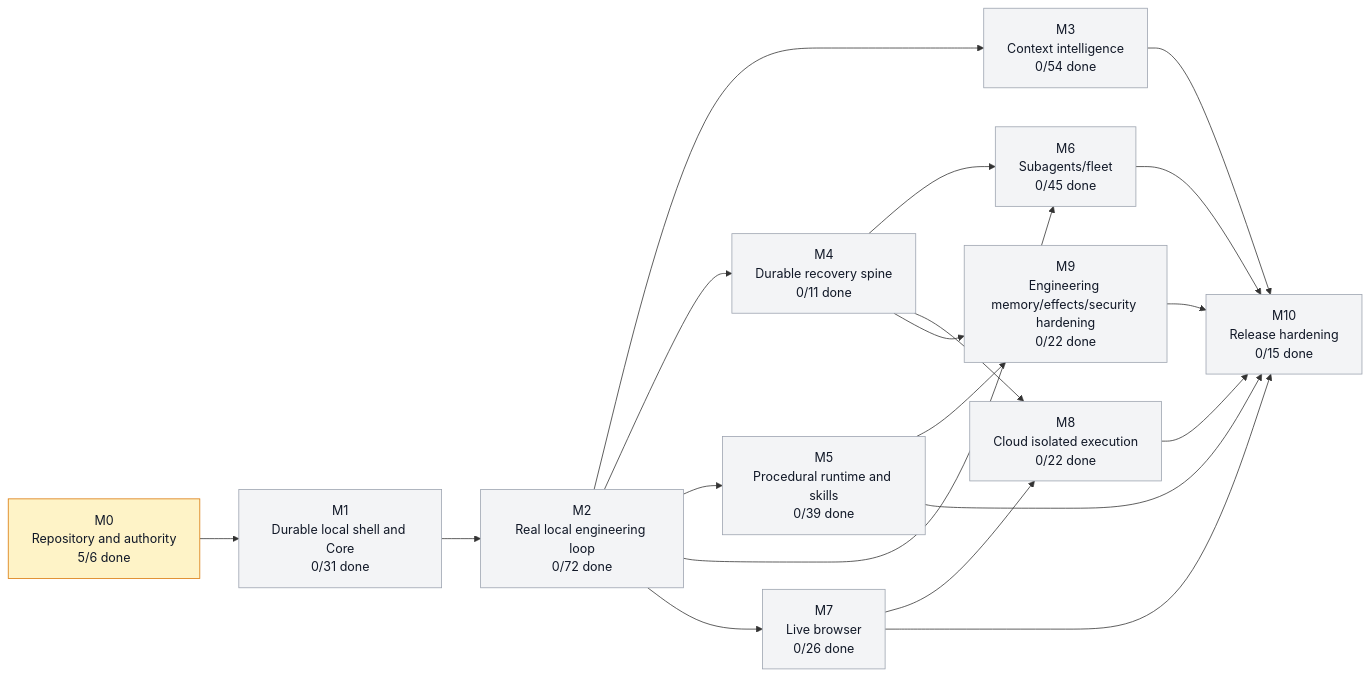
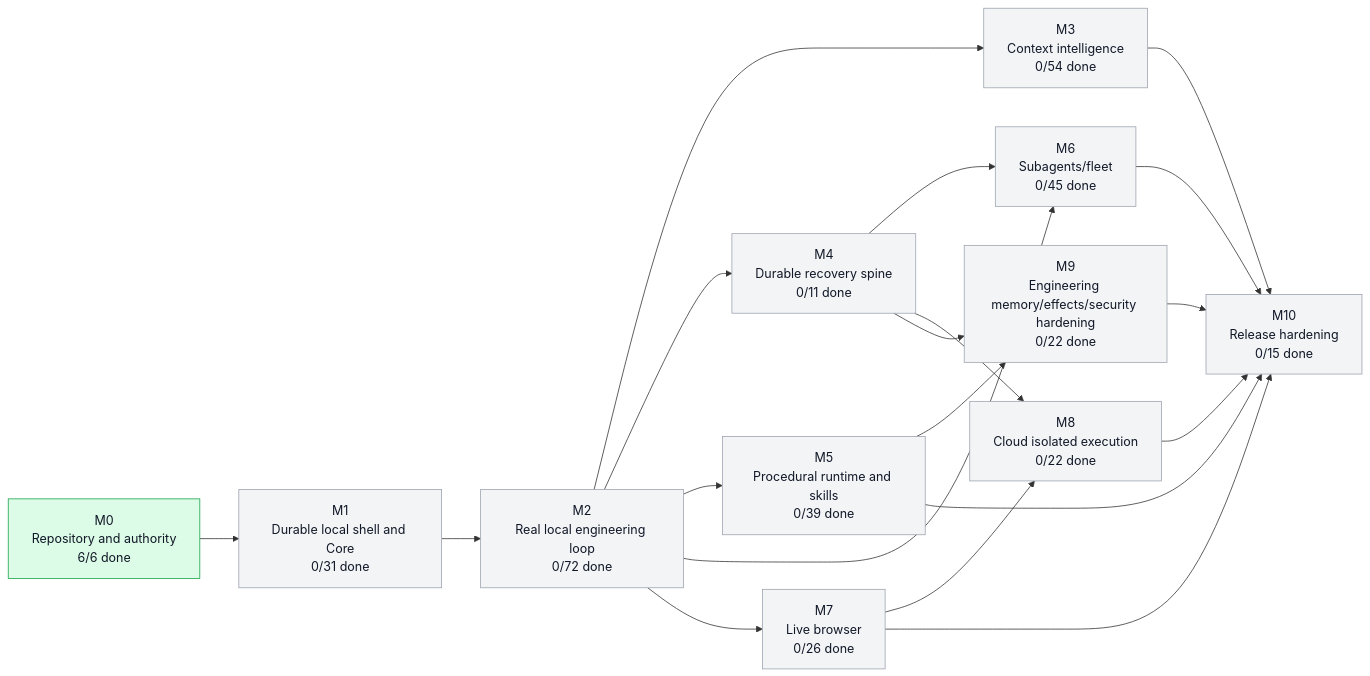
The first of 3 diagrams in graph/PROJECT_GRAPH.md (moss101/zmodbit), drawn with Mermaid before and after one commit. The commit also changed other lines of this file and 4 other files, not shown here.

Commit message:
M0 milestone COMPLETE: M0.4 + M0.3 evidence in graph, docs/98 roll-up updated (CI 33821105668)

````diff
--- a/graph/PROJECT_GRAPH.md
+++ b/graph/PROJECT_GRAPH.md
@@ -43,43 +43,43 @@
 ```mermaid
 flowchart LR
-  M0["M0<br/>Repository and authority<br/>5/6 done"]
+  M0["M0<br/>Repository and authority<br/>6/6 done"]
   M1["M1<br/>Durable local shell and Core<br/>0/31 done"]
   M2["M2<br/>Real local engineering loop<br/>0/72 done"]
   M3["M3<br/>Context intelligence<br/>0/54 done"]
   M4["M4<br/>Durable recovery spine<br/>0/11 done"]
   M5["M5<br/>Procedural runtime and skills<br/>0/39 done"]
   M6["M6<br/>Subagents/fleet<br/>0/45 done"]
   M7["M7<br/>Live browser<br/>0/26 done"]
   M8["M8<br/>Cloud isolated execution<br/>0/22 done"]
   M9["M9<br/>Engineering memory/effects/security hardening<br/>0/22 done"]
   M10["M10<br/>Release hardening<br/>0/15 done"]
   M0 --> M1
   M1 --> M2
   M2 --> M3
   M2 --> M4
   M2 --> M5
   M2 --> M6
   M4 --> M6
   M2 --> M7
   M4 --> M8
   M7 --> M8
   M4 --> M9
   M5 --> M9
   M3 --> M10
   M5 --> M10
   M6 --> M10
   M7 --> M10
   M8 --> M10
   M9 --> M10
-  style M0 fill:#fef3c7,stroke:#d97706,color:#111827
+  style M0 fill:#dcfce7,stroke:#16a34a,color:#111827
   style M1 fill:#f3f4f6,stroke:#9ca3af,color:#111827
   style M2 fill:#f3f4f6,stroke:#9ca3af,color:#111827
   style M3 fill:#f3f4f6,stroke:#9ca3af,color:#111827
   style M4 fill:#f3f4f6,stroke:#9ca3af,color:#111827
   style M5 fill:#f3f4f6,stroke:#9ca3af,color:#111827
   style M6 fill:#f3f4f6,stroke:#9ca3af,color:#111827
   style M7 fill:#f3f4f6,stroke:#9ca3af,color:#111827
   style M8 fill:#f3f4f6,stroke:#9ca3af,color:#111827
   style M9 fill:#f3f4f6,stroke:#9ca3af,color:#111827
   style M10 fill:#f3f4f6,stroke:#9ca3af,color:#111827
 ```
````
